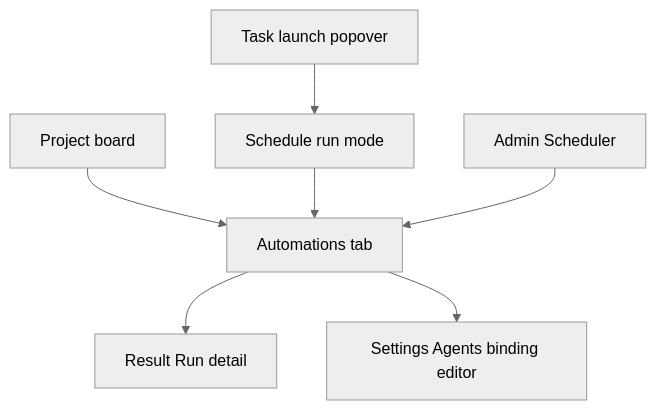
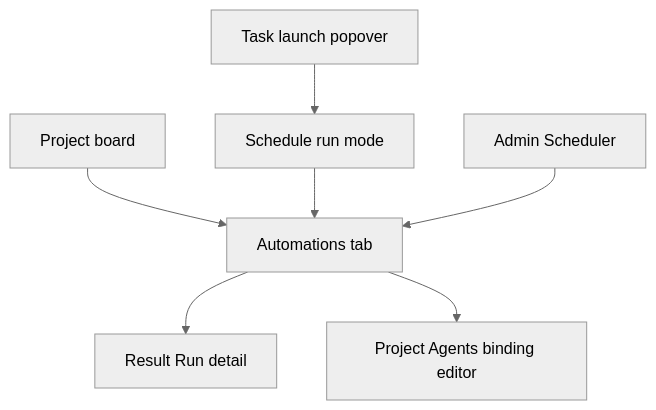
Before and after one commit to maister-dev/maister: the first of 2 diagrams in docs/screens/projects/project-automations.md, drawn with Mermaid (neutral theme). The commit also changed other lines of this file and 23 other files, not shown here.

````diff
--- a/docs/screens/projects/project-automations.md
+++ b/docs/screens/projects/project-automations.md
@@ -29,9 +29,9 @@
 ```mermaid
 flowchart TD
     Board["Project board"] --> Automations["Automations tab"]
     Launch["Task launch popover"] --> Schedule["Schedule run mode"]
     Schedule --> Automations
     Automations --> Run["Result Run detail"]
-    Automations --> Agent["Settings Agents binding editor"]
+    Automations --> Agent["Project Agents binding editor"]
     Admin["Admin Scheduler"] --> Automations
 ```
````
